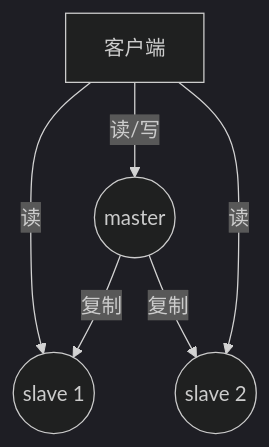
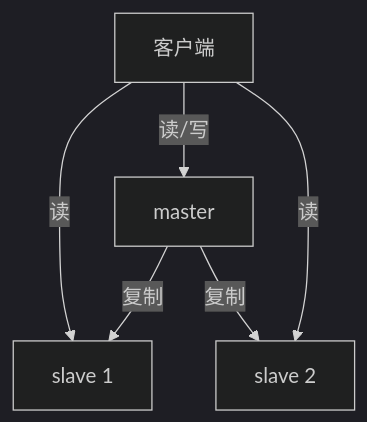
One commit to haroldzkx/minedocs changed the diagram in database/redis.md. Above: the diagram before and after it, drawn with Mermaid (dark theme). The commit also changed other lines of this file and 55 other files, not shown here.

````diff
--- a/database/redis.md
+++ b/database/redis.md
@@ -27,13 +27,13 @@
 ```mermaid
 flowchart TD
     client["客户端"]
-    master(("master"))
-    slave1(("slave 1"))
-    slave2(("slave 2"))
+    master["master"]
+    slave1["slave 1"]
+    slave2["slave 2"]
 
     client --读--> slave1
     client --读/写--> master
     client --读--> slave2
     master --复制--> slave1
     master --复制--> slave2
 ```
````
